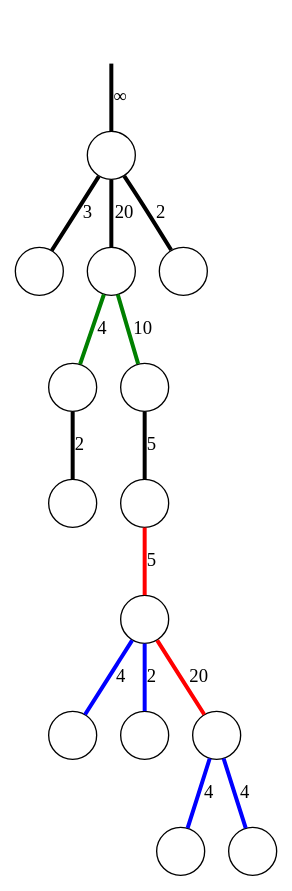
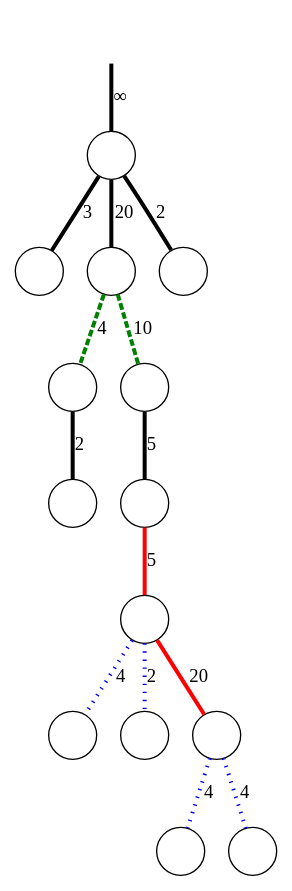
One commit to sgolodetz/waterfallpaper changed the diagram in graphs/example-e.gv. Above: the diagram before and after it, drawn with Graphviz. The commit also changed 17 other files, not shown here.

```diff
--- a/graphs/example-e.gv
+++ b/graphs/example-e.gv
@@ -1,22 +1,22 @@
 digraph
 {
 	node [shape=circle, label=""];
 	edge [dir=both, arrowtail=none, arrowhead=none, penwidth=3];
 
 	r -> n00 [label="&infin;"];
 	n00 -> n10 [label=3];
 	n00 -> n11 [label=20];
 	n00 -> n12 [label=2];
-	n11 -> n20 [label=4, color=green];
-	n11 -> n21 [label=10, color=green];
+	n11 -> n20 [label=4, color=green, style=dashed];
+	n11 -> n21 [label=10, color=green, style=dashed];
 	n20 -> n30 [label=2];
 	n21 -> n31 [label=5];
-	n31 -> n40 [label=5, color=red];
-	n40 -> n50 [label=4, color=blue];
-	n40 -> n51 [label=2, color=blue];
-	n40 -> n52 [label=20, color=red];
-	n52 -> n60 [label=4, color=blue];
-	n52 -> n61 [label=4, color=blue];
+	n31 -> n40 [label=5, color=red, style=bold];
+	n40 -> n50 [label=4, color=blue, style=dotted];
+	n40 -> n51 [label=2, color=blue, style=dotted];
+	n40 -> n52 [label=20, color=red, style=bold];
+	n52 -> n60 [label=4, color=blue, style=dotted];
+	n52 -> n61 [label=4, color=blue, style=dotted];
 
 	r [style=invisible];
 }
```
